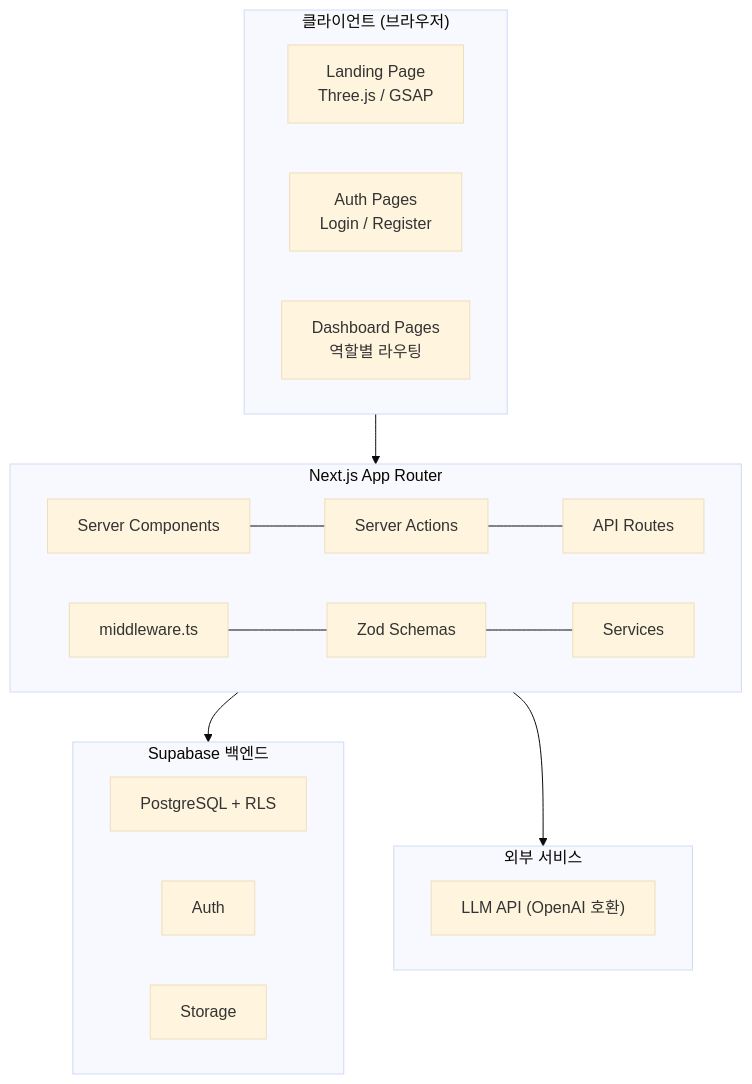
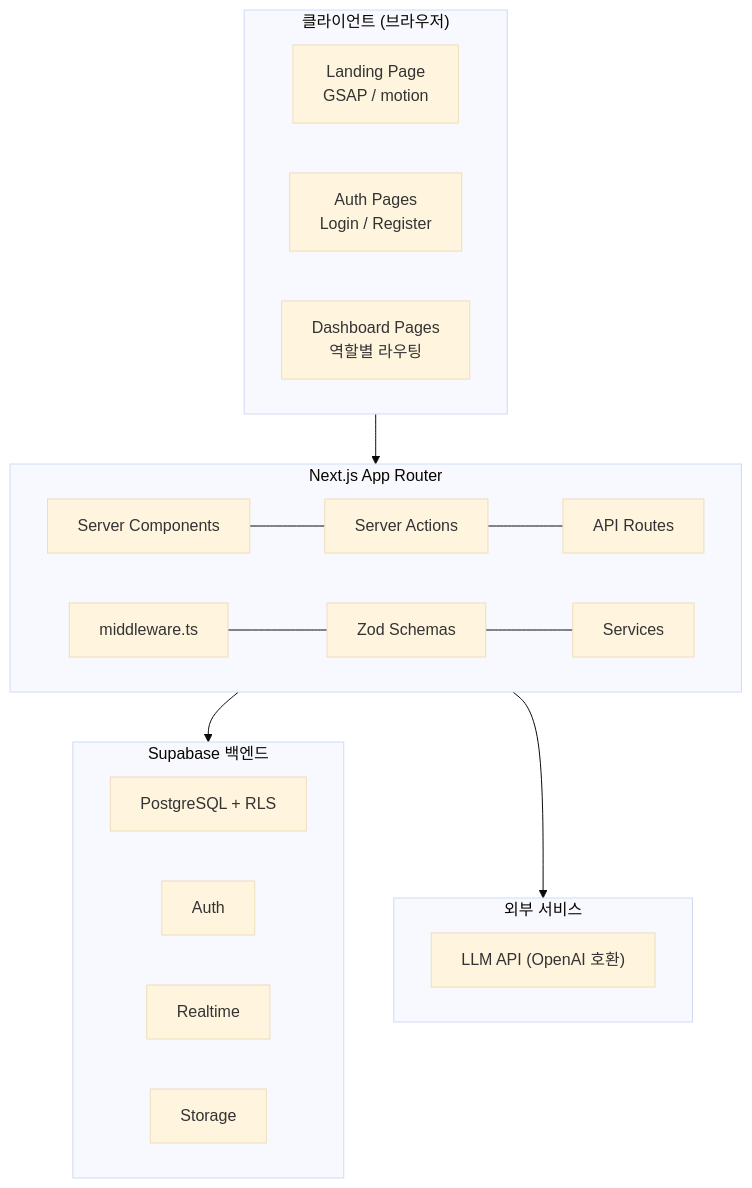
Before and after one commit to BaekKyunShin/KPC-AX-Roadmap-Dashboard: the third of 6 diagrams in README.md, drawn with Mermaid (base theme). The commit also changed other lines of this file, not shown here.

````diff
--- a/README.md
+++ b/README.md
@@ -337,29 +382,30 @@
 ```mermaid
 flowchart TD
     subgraph CLIENT["클라이언트 (브라우저)"]
-        L["Landing Page<br>Three.js / GSAP"]
+        L["Landing Page<br>GSAP / motion"]
         AU["Auth Pages<br>Login / Register"]
         DA["Dashboard Pages<br>역할별 라우팅"]
     end
 
     subgraph NEXT["Next.js App Router"]
         SC["Server Components"] --- SA["Server Actions"]
         SA --- AR["API Routes"]
         MW["middleware.ts"] --- ZD["Zod Schemas"]
         ZD --- SV["Services"]
     end
 
     subgraph SUPA["Supabase 백엔드"]
         PG["PostgreSQL + RLS"]
         ATH["Auth"]
+        RT["Realtime"]
         ST["Storage"]
     end
 
     subgraph EXT["외부 서비스"]
         LLM["LLM API (OpenAI 호환)"]
     end
 
     CLIENT --> NEXT
     NEXT --> SUPA
     NEXT --> EXT
 ```
````
